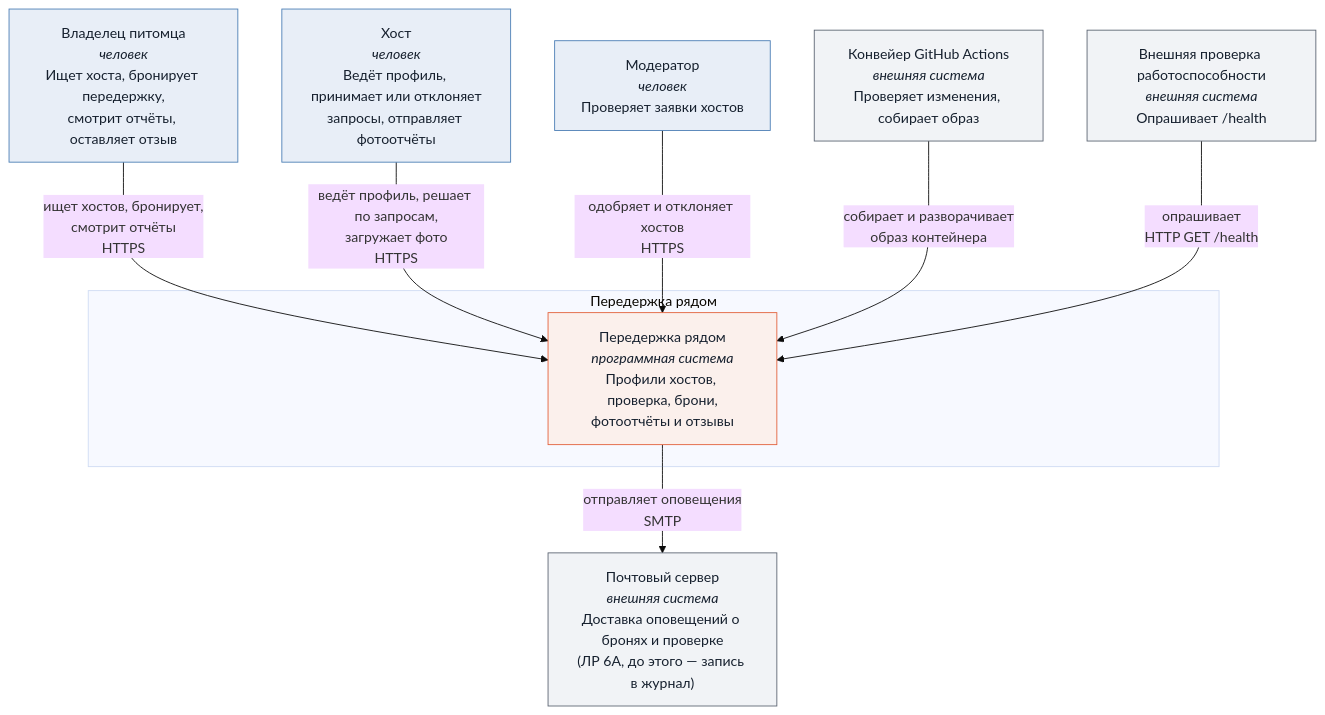
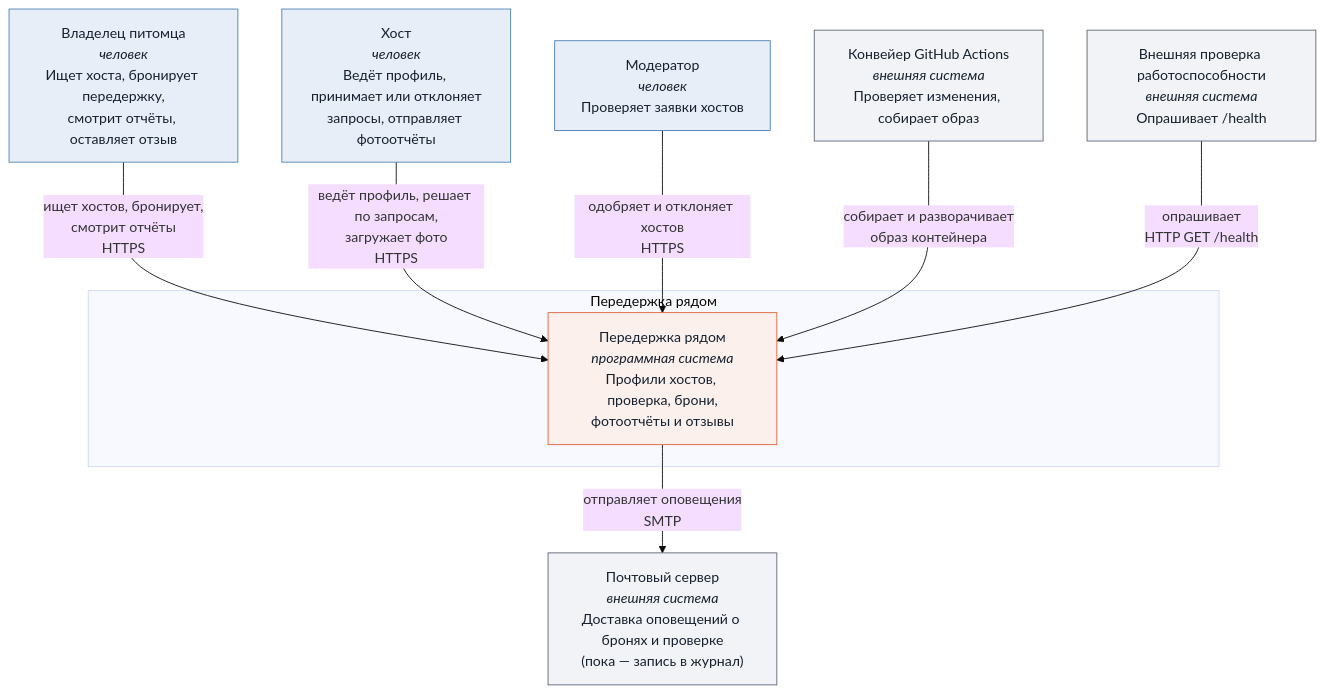
Before and after one commit to PinGBin74/Pet-sitting-: the diagram in docs/architecture/c4/context.mmd, drawn with Mermaid (base theme). The commit also changed 14 other files, not shown here.

Commit message:
feat: add docs( changelog, c4 diagrams and strategies)

```diff
--- a/docs/architecture/c4/context.mmd
+++ b/docs/architecture/c4/context.mmd
@@ -1,27 +1,27 @@
 %% C4, уровень 1 — контекст. Соглашение об оформлении — docs/architecture/README.md
 flowchart TB
     owner["Владелец питомца<br/><i>человек</i><br/>Ищет хоста, бронирует передержку,<br/>смотрит отчёты, оставляет отзыв"]
     host["Хост<br/><i>человек</i><br/>Ведёт профиль, принимает или отклоняет<br/>запросы, отправляет фотоотчёты"]
     moderator["Модератор<br/><i>человек</i><br/>Проверяет заявки хостов"]
 
     subgraph boundary["Передержка рядом"]
         system["Передержка рядом<br/><i>программная система</i><br/>Профили хостов, проверка, брони,<br/>фотоотчёты и отзывы"]
     end
 
-    mail["Почтовый сервер<br/><i>внешняя система</i><br/>Доставка оповещений о бронях и проверке<br/>(ЛР 6А, до этого — запись в журнал)"]
+    mail["Почтовый сервер<br/><i>внешняя система</i><br/>Доставка оповещений о бронях и проверке<br/>(пока — запись в журнал)"]
     ci["Конвейер GitHub Actions<br/><i>внешняя система</i><br/>Проверяет изменения, собирает образ"]
     probe["Внешняя проверка работоспособности<br/><i>внешняя система</i><br/>Опрашивает /health"]
 
     owner -->|"ищет хостов, бронирует,<br/>смотрит отчёты<br/>HTTPS"| system
     host -->|"ведёт профиль, решает по запросам,<br/>загружает фото<br/>HTTPS"| system
     moderator -->|"одобряет и отклоняет хостов<br/>HTTPS"| system
     system -->|"отправляет оповещения<br/>SMTP"| mail
     ci -->|"собирает и разворачивает<br/>образ контейнера"| system
     probe -->|"опрашивает<br/>HTTP GET /health"| system
 
     classDef actor fill:#E8EEF7,stroke:#4A7DB5,color:#16202E
     classDef sys fill:#FBF0EC,stroke:#E2603A,color:#16202E
     classDef ext fill:#F1F3F6,stroke:#5B6472,color:#16202E
     class owner,host,moderator actor
     class system sys
     class mail,ci,probe ext
```
